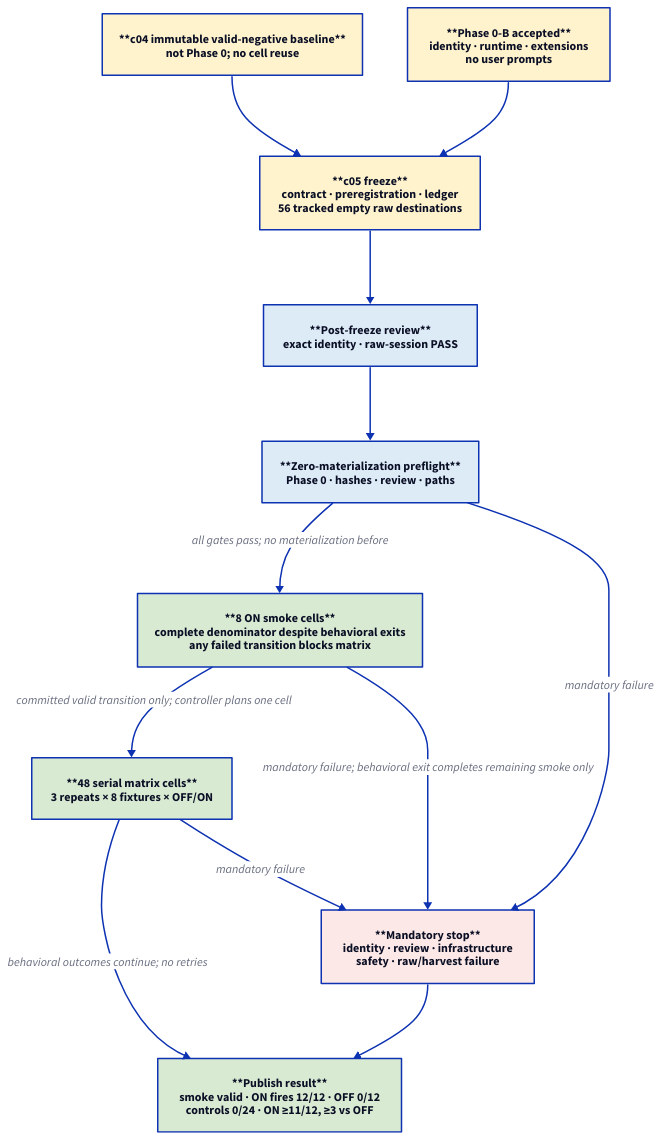
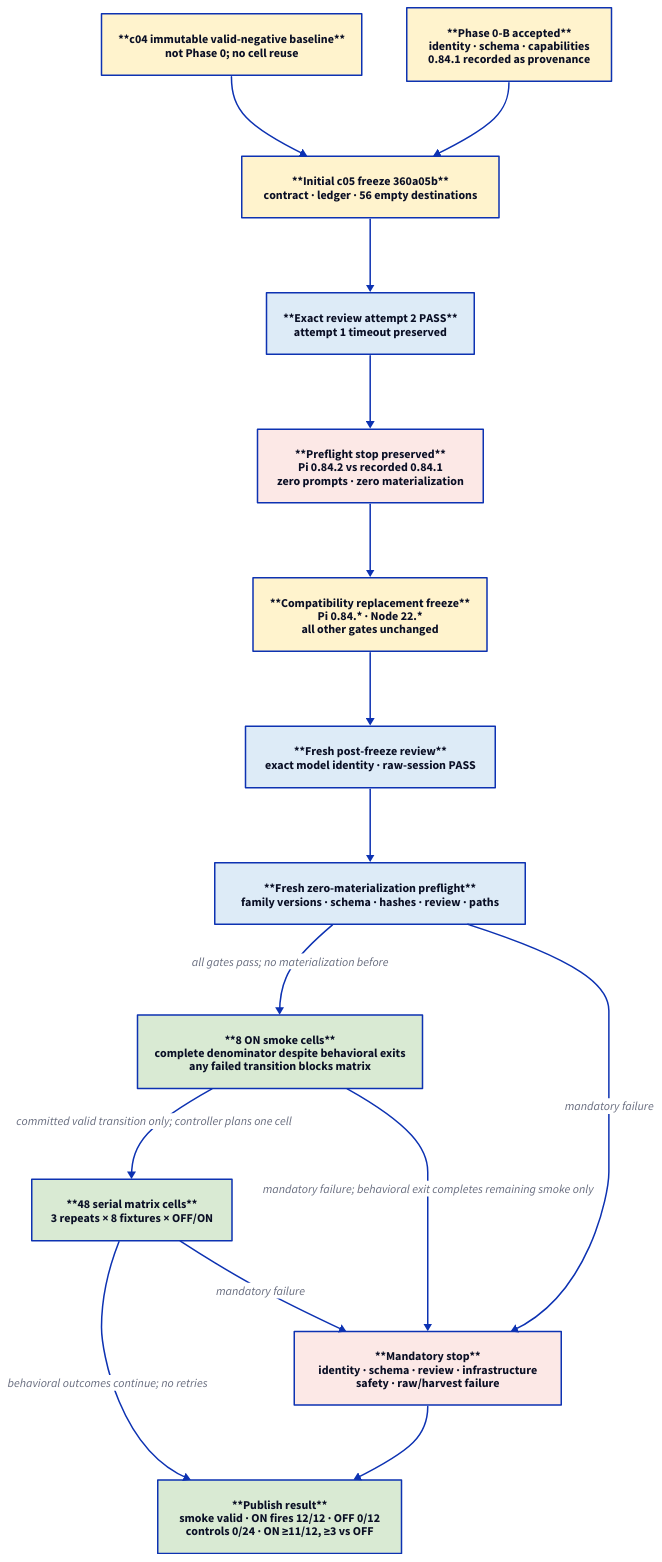
Before and after one commit to cgint/pi-ai-consortium: the diagram in docs/c05-supersession-preregistration.d2, drawn with D2. The commit also changed 13 other files, not shown here.

Commit message:
fix: accept c05 runtime patch versions

```diff
--- a/docs/c05-supersession-preregistration.d2
+++ b/docs/c05-supersession-preregistration.d2
@@ -1,21 +1,24 @@
 direction: down
 
 baseline: "**c04 immutable valid-negative baseline**\nnot Phase 0; no cell reuse" {style.fill: "#FFF3CD"}
-phase0: "**Phase 0-B accepted**\nidentity · runtime · extensions\nno user prompts" {style.fill: "#FFF3CD"}
-freeze: "**c05 freeze**\ncontract · preregistration · ledger\n56 tracked empty raw destinations" {style.fill: "#FFF3CD"}
-review: "**Post-freeze review**\nexact identity · raw-session PASS" {style.fill: "#DDEBF7"}
-preflight: "**Zero-materialization preflight**\nPhase 0 · hashes · review · paths" {style.fill: "#DDEBF7"}
+phase0: "**Phase 0-B accepted**\nidentity · schema · capabilities\n0.84.1 recorded as provenance" {style.fill: "#FFF3CD"}
+initial_freeze: "**Initial c05 freeze 360a05b**\ncontract · ledger · 56 empty destinations" {style.fill: "#FFF3CD"}
+initial_review: "**Exact review attempt 2 PASS**\nattempt 1 timeout preserved" {style.fill: "#DDEBF7"}
+failed_preflight: "**Preflight stop preserved**\nPi 0.84.2 vs recorded 0.84.1\nzero prompts · zero materialization" {style.fill: "#FCE8E6"}
+compat_freeze: "**Compatibility replacement freeze**\nPi 0.84.* · Node 22.*\nall other gates unchanged" {style.fill: "#FFF3CD"}
+review: "**Fresh post-freeze review**\nexact model identity · raw-session PASS" {style.fill: "#DDEBF7"}
+preflight: "**Fresh zero-materialization preflight**\nfamily versions · schema · hashes · review · paths" {style.fill: "#DDEBF7"}
 smoke: "**8 ON smoke cells**\ncomplete denominator despite behavioral exits\nany failed transition blocks matrix" {style.fill: "#D9EAD3"}
 matrix: "**48 serial matrix cells**\n3 repeats × 8 fixtures × OFF/ON" {style.fill: "#D9EAD3"}
-stop: "**Mandatory stop**\nidentity · review · infrastructure\nsafety · raw/harvest failure" {style.fill: "#FCE8E6"}
+stop: "**Mandatory stop**\nidentity · schema · review · infrastructure\nsafety · raw/harvest failure" {style.fill: "#FCE8E6"}
 result: "**Publish result**\nsmoke valid · ON fires 12/12 · OFF 0/12\ncontrols 0/24 · ON ≥11/12, ≥3 vs OFF" {style.fill: "#D9EAD3"}
 
-baseline -> freeze
-phase0 -> freeze -> review -> preflight
+baseline -> initial_freeze
+phase0 -> initial_freeze -> initial_review -> failed_preflight -> compat_freeze -> review -> preflight
 preflight -> smoke: "all gates pass; no materialization before"
 preflight -> stop: "mandatory failure"
 smoke -> matrix: "committed valid transition only; controller plans one cell"
 smoke -> stop: "mandatory failure; behavioral exit completes remaining smoke only"
 matrix -> result: "behavioral outcomes continue; no retries"
 matrix -> stop: "mandatory failure"
 stop -> result
```
